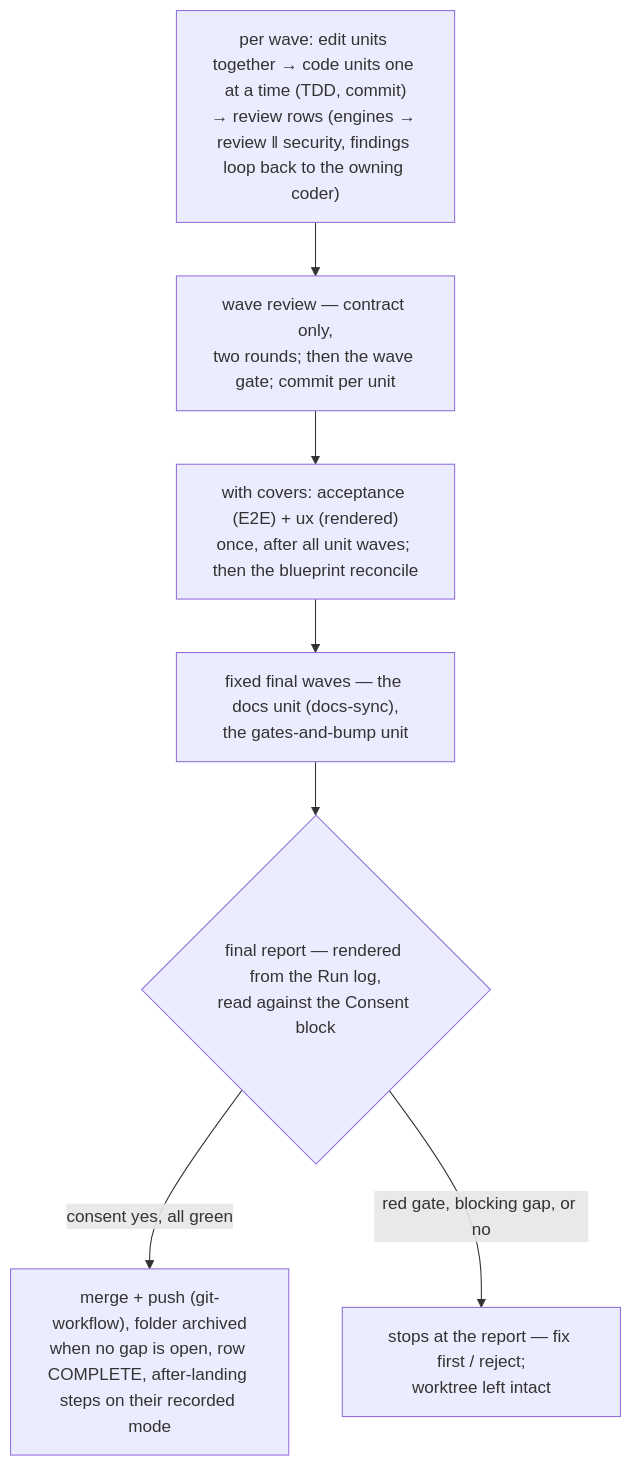
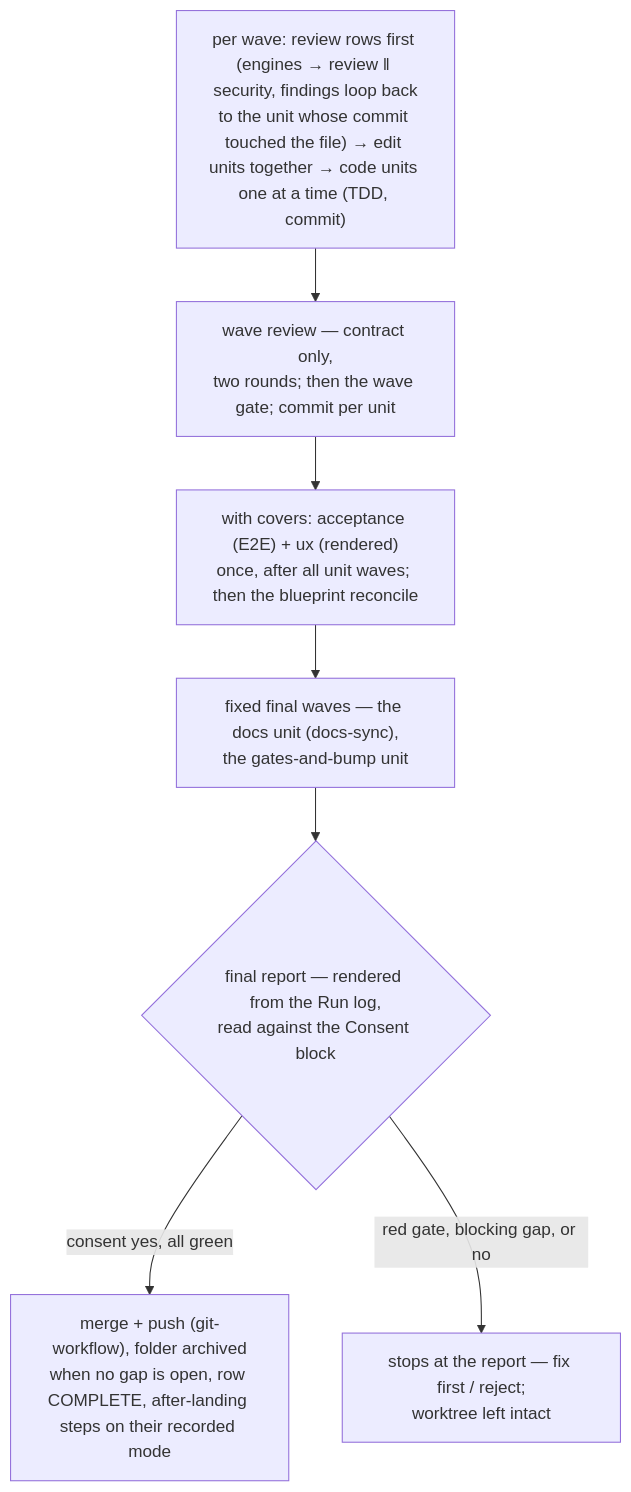
One commit to virajp/claude-plugins changed the second of 2 diagrams in site/src/content/docs/plugins/vwf.md. Above: the diagram before and after it, drawn with Mermaid. The commit also changed other lines of this file, not shown here.

Commit message:
docs: site — the vwf manual reconciled with the review-row fix rounds

````diff
--- a/site/src/content/docs/plugins/vwf.md
+++ b/site/src/content/docs/plugins/vwf.md
@@ -2133,9 +2154,9 @@
 ```mermaid
 flowchart TD
-    W["per wave: edit units together → code units one at a time (TDD, commit)<br/>→ review rows (engines → review ‖ security, findings loop back to the owning coder)"] --> R["wave review — contract only,<br/>two rounds; then the wave gate; commit per unit"]
+    W["per wave: review rows first (engines → review ‖ security, findings loop back<br/>to the unit whose commit touched the file) → edit units together → code units one at a time (TDD, commit)"] --> R["wave review — contract only,<br/>two rounds; then the wave gate; commit per unit"]
     R --> AX["with covers: acceptance (E2E) + ux (rendered)<br/>once, after all unit waves; then the blueprint reconcile"]
     AX --> F["fixed final waves — the docs unit (docs-sync),<br/>the gates-and-bump unit"]
     F --> G{"final report — rendered from the Run log,<br/>read against the Consent block"}
     G -->|consent yes, all green| M["merge + push (git-workflow), folder archived<br/>when no gap is open, row COMPLETE, after-landing steps on their recorded mode"]
     G -->|red gate, blocking gap, or no| S["stops at the report — fix first / reject;<br/>worktree left intact"]
 ```
````
